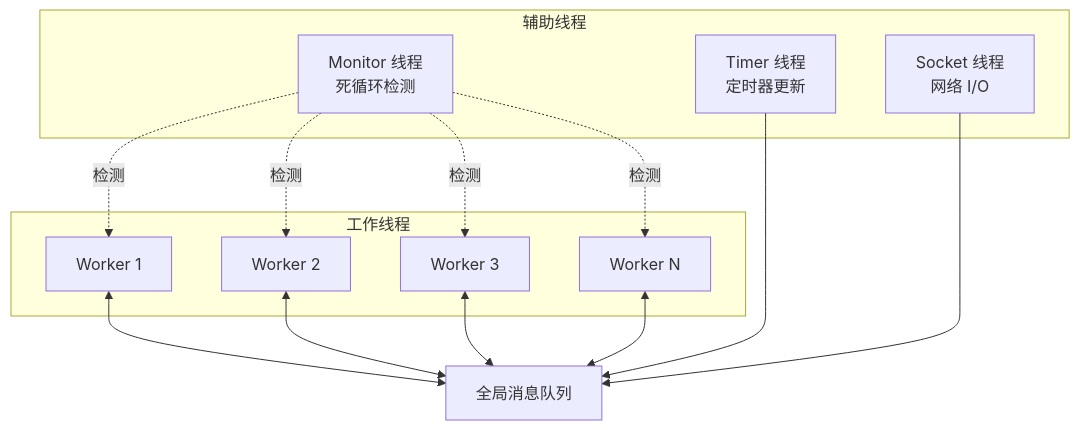
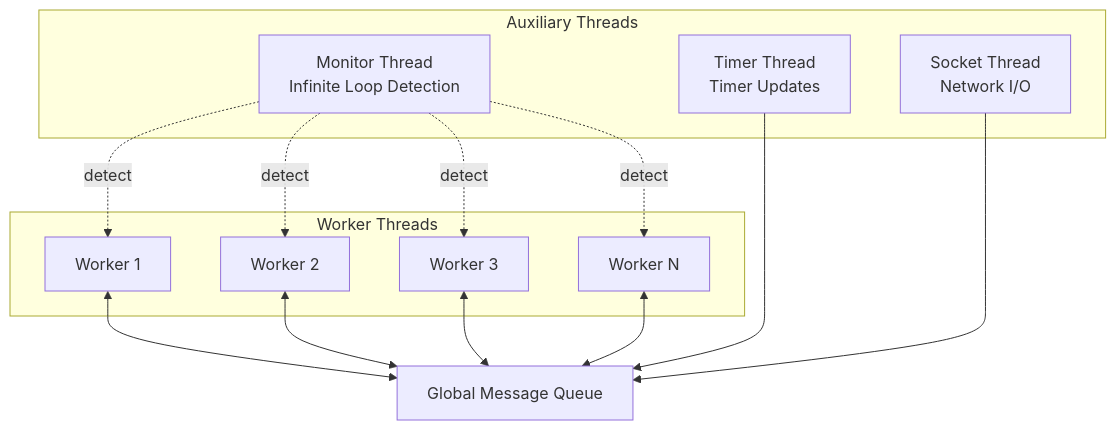
One commit to cuihairu/skynet changed the second of 7 diagrams in docs/architecture/overview.md. Above: the diagram before and after it, drawn with Mermaid. The commit also changed other lines of this file and 86 other files, not shown here.

````diff
--- a/docs/architecture/overview.md
+++ b/docs/architecture/overview.md
@@ -92,29 +92,29 @@
 ```mermaid
 graph TB
-    subgraph 工作线程
+    subgraph Worker Threads
         W1[Worker 1]
         W2[Worker 2]
         W3[Worker 3]
         WN[Worker N]
     end
     
-    GQ[全局消息队列]
+    GQ[Global Message Queue]
     
-    subgraph 辅助线程
-        T[Timer 线程<br/>定时器更新]
-        S[Socket 线程<br/>网络 I/O]
-        M[Monitor 线程<br/>死循环检测]
+    subgraph Auxiliary Threads
+        T[Timer Thread<br/>Timer Updates]
+        S[Socket Thread<br/>Network I/O]
+        M[Monitor Thread<br/>Infinite Loop Detection]
     end
     
     W1 <--> GQ
     W2 <--> GQ
     W3 <--> GQ
     WN <--> GQ
     
     T --> GQ
     S --> GQ
-    M -.->|检测| W1
-    M -.->|检测| W2
-    M -.->|检测| W3
-    M -.->|检测| WN
+    M -.->|detect| W1
+    M -.->|detect| W2
+    M -.->|detect| W3
+    M -.->|detect| WN
 ```
````
